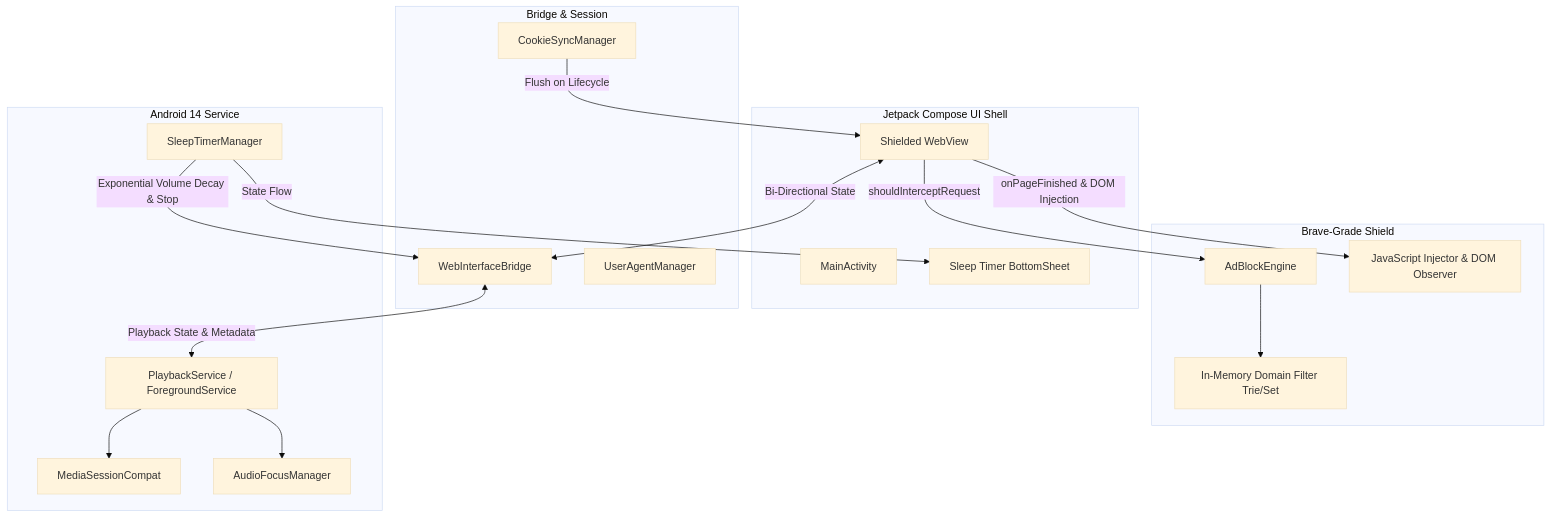
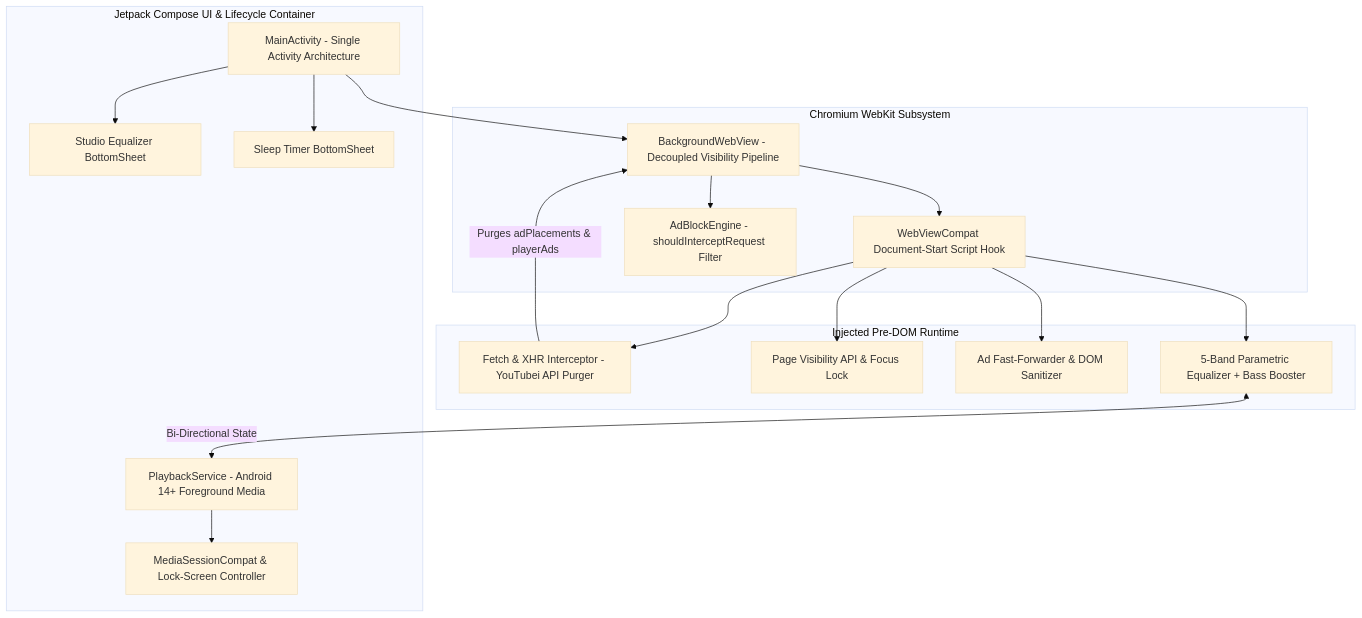
One commit to shibinantony/AI-Governed-Music-Player-PoC changed the diagram in README.md. Above: the diagram before and after it, drawn with Mermaid (base theme). The commit also changed other lines of this file and 1 other file, not shown here.

Commit message:
Elevate documentation to Director-level technical architecture and add Apache 2.0 License

````diff
--- a/README.md
+++ b/README.md
@@ -16,38 +30,36 @@
 ```mermaid
-graph TD
-    subgraph UI Layer [Jetpack Compose UI Shell]
-        MA[MainActivity]
-        STB[Sleep Timer BottomSheet]
-        WV[Shielded WebView]
+graph TB
+    subgraph Native Android Application Layer [Jetpack Compose UI & Lifecycle Container]
+        UI[MainActivity - Single Activity Architecture]
+        EQ_UI[Studio Equalizer BottomSheet]
+        TIMER_UI[Sleep Timer BottomSheet]
+        SVC[PlaybackService - Android 14+ Foreground Media]
+        MS[MediaSessionCompat & Lock-Screen Controller]
     end
 
-    subgraph Interception & Ad-Blocking [Brave-Grade Shield]
-        ABE[AdBlockEngine]
-        AFL[In-Memory Domain Filter Trie/Set]
-        JSI[JavaScript Injector & DOM Observer]
+    subgraph Hardened Web Engine [Chromium WebKit Subsystem]
+        BWV[BackgroundWebView - Decoupled Visibility Pipeline]
+        DOC_START[WebViewCompat Document-Start Script Hook]
+        NET_INT[AdBlockEngine - shouldInterceptRequest Filter]
     end
 
-    subgraph Native Bridge & Persistence [Bridge & Session]
-        WIB[WebInterfaceBridge]
-        CSM[CookieSyncManager]
-        UAM[UserAgentManager]
+    subgraph Shield & DSP Core [Injected Pre-DOM Runtime]
+        API_PROXY[Fetch & XHR Interceptor - YouTubei API Purger]
+        VIS_HOOK[Page Visibility API & Focus Lock]
+        FAST_FWD[Ad Fast-Forwarder & DOM Sanitizer]
+        WEBAUDIO[5-Band Parametric Equalizer + Bass Booster]
     end
 
-    subgraph Audio & Background Subsystem [Android 14 Service]
-        PS[PlaybackService / ForegroundService]
-        MS[MediaSessionCompat]
-        AFM[AudioFocusManager]
-        STM[SleepTimerManager]
-    end
-
-    WV -->|shouldInterceptRequest| ABE
-    ABE --> AFL
-    WV -->|onPageFinished & DOM Injection| JSI
-    WV <-->|Bi-Directional State| WIB
-    WIB <-->|Playback State & Metadata| PS
-    PS --> MS
-    PS --> AFM
-    STM -->|Exponential Volume Decay & Stop| WIB
-    STM -->|State Flow| STB
-    CSM -->|Flush on Lifecycle| WV
+    UI --> BWV
+    UI --> EQ_UI
+    UI --> TIMER_UI
+    BWV --> DOC_START
+    BWV --> NET_INT
+    DOC_START --> API_PROXY
+    DOC_START --> VIS_HOOK
+    DOC_START --> FAST_FWD
+    DOC_START --> WEBAUDIO
+    API_PROXY -->|Purges adPlacements & playerAds| BWV
+    WEBAUDIO <-->|Bi-Directional State| SVC
+    SVC --> MS
 ```
````
